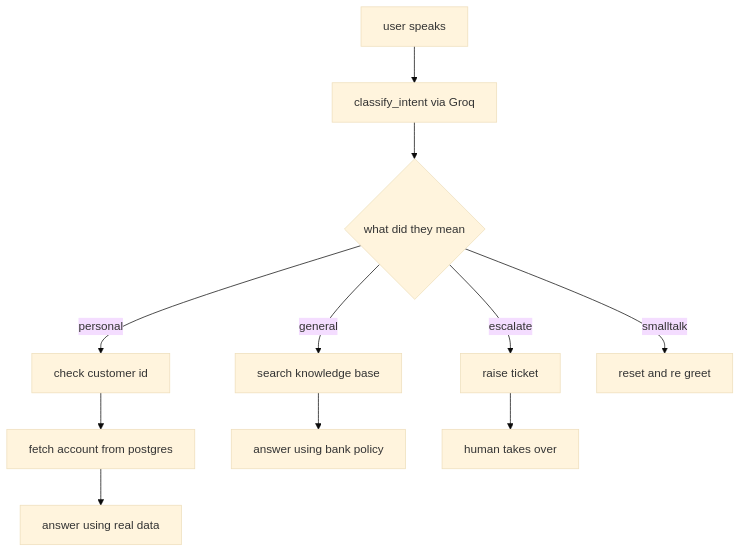
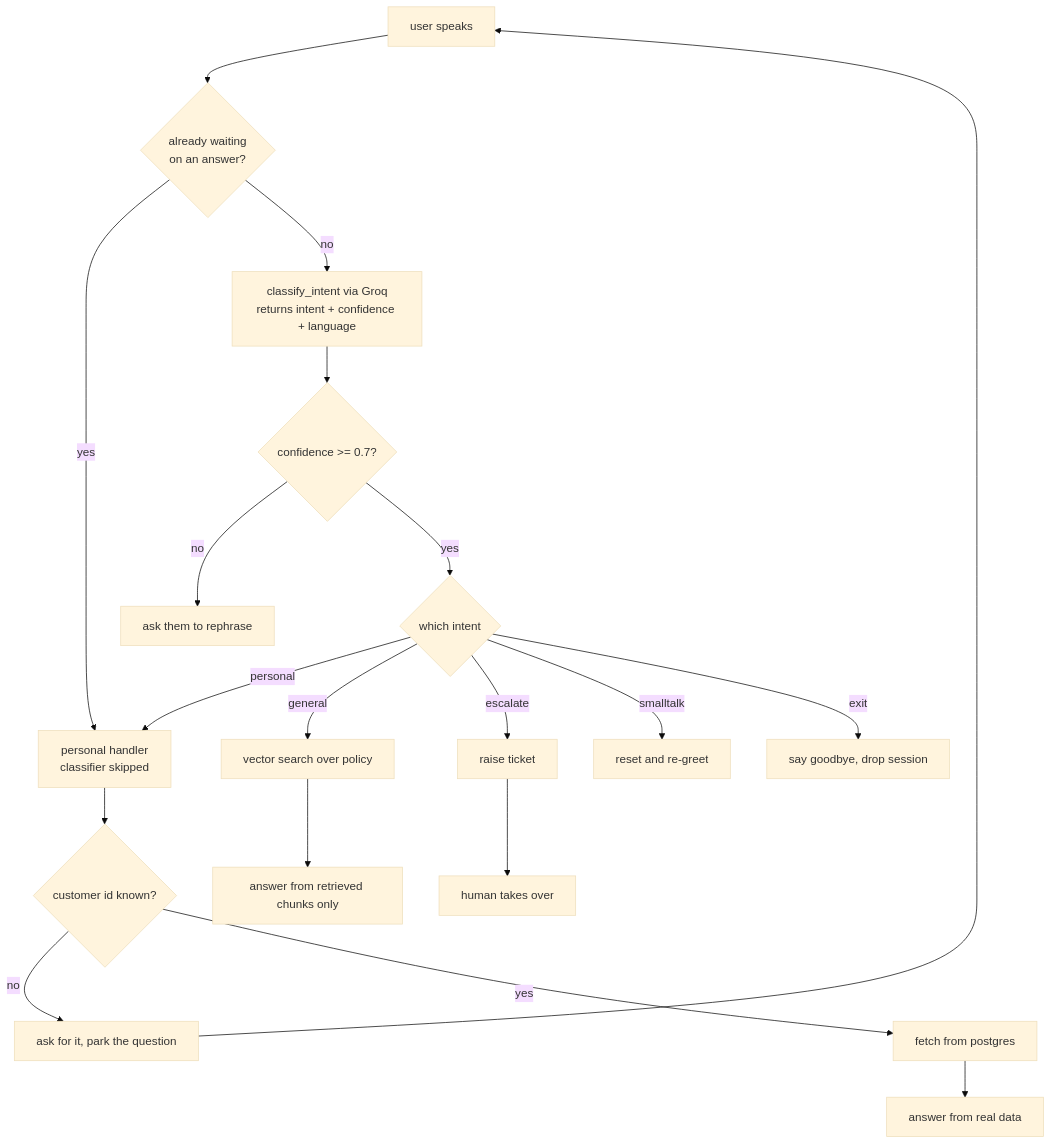
Before and after one commit to niharnandala/Banking_Voice_Agent_With_intelligent_Routing: the diagram in README.MD, drawn with Mermaid (base theme). The commit also changed other lines of this file, not shown here.

````diff
--- a/README.MD
+++ b/README.MD
@@ -60,9 +64,17 @@
 ```mermaid
 flowchart TD
-    A[user speaks] --> B[classify_intent via Groq]
-    B --> C{what did they mean}
-    C -->|personal| D[check customer id] --> E[fetch account from postgres] --> F[answer using real data]
-    C -->|general| G[search knowledge base] --> H[answer using bank policy]
-    C -->|escalate| I[raise ticket] --> J[human takes over]
-    C -->|smalltalk| K[reset and re greet]
+    A[user speaks] --> B{already waiting<br/>on an answer?}
+    B -->|yes| P[personal handler<br/>classifier skipped]
+    B -->|no| C[classify_intent via Groq<br/>returns intent + confidence + language]
+    C --> D{confidence >= 0.7?}
+    D -->|no| U[ask them to rephrase]
+    D -->|yes| E{which intent}
+    E -->|personal| P
+    E -->|general| G[vector search over policy] --> G2[answer from retrieved chunks only]
+    E -->|escalate| I[raise ticket] --> J[human takes over]
+    E -->|smalltalk| K[reset and re-greet]
+    E -->|exit| X[say goodbye, drop session]
+    P --> P1{customer id known?}
+    P1 -->|no| P2[ask for it, park the question] --> A
+    P1 -->|yes| P3[fetch from postgres] --> P4[answer from real data]
 ```
````
